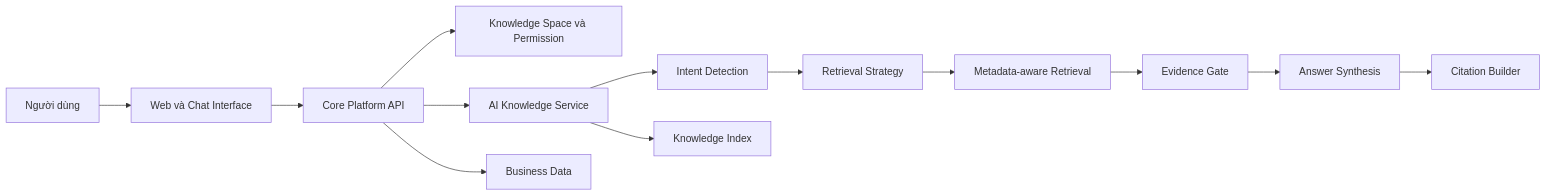
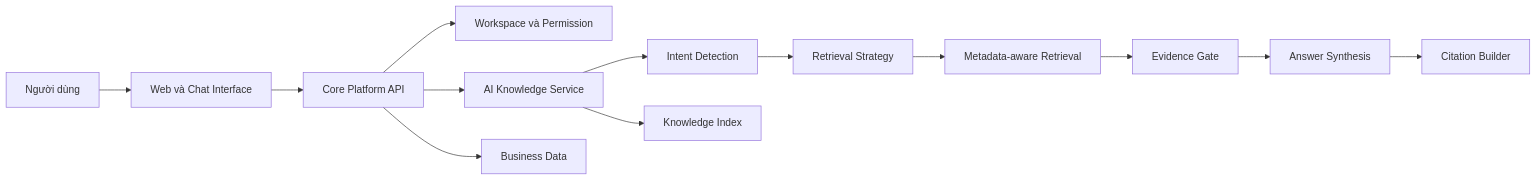
The third of 3 diagrams in docs/thesis/03-thiet-ke-he-thong/bao-cao-so-sanh-rag-chatbot-va-ai-knowledge-platform-unichat.md (Hiep0718/unichat), drawn with Mermaid before and after one commit. The commit also changed other lines of this file and 13 other files, not shown here.

Commit message:
docs(thesis): update system design diagrams and references

````diff
--- a/docs/thesis/03-thiet-ke-he-thong/bao-cao-so-sanh-rag-chatbot-va-ai-knowledge-platform-unichat.md
+++ b/docs/thesis/03-thiet-ke-he-thong/bao-cao-so-sanh-rag-chatbot-va-ai-knowledge-platform-unichat.md
@@ -104,15 +114,15 @@
 ```mermaid
 flowchart LR
     User["Người dùng"] --> Interface["Web và Chat Interface"]
     Interface --> Core["Core Platform API"]
-    Core --> Space["Knowledge Space và Permission"]
+    Core --> Space["Workspace và Permission"]
     Core --> AI["AI Knowledge Service"]
     AI --> Intent["Intent Detection"]
     Intent --> Strategy["Retrieval Strategy"]
     Strategy --> Retrieval["Metadata-aware Retrieval"]
     Retrieval --> Evidence["Evidence Gate"]
     Evidence --> Synthesis["Answer Synthesis"]
     Synthesis --> Citation["Citation Builder"]
     AI --> Index["Knowledge Index"]
     Core --> Business["Business Data"]
 ```
````
